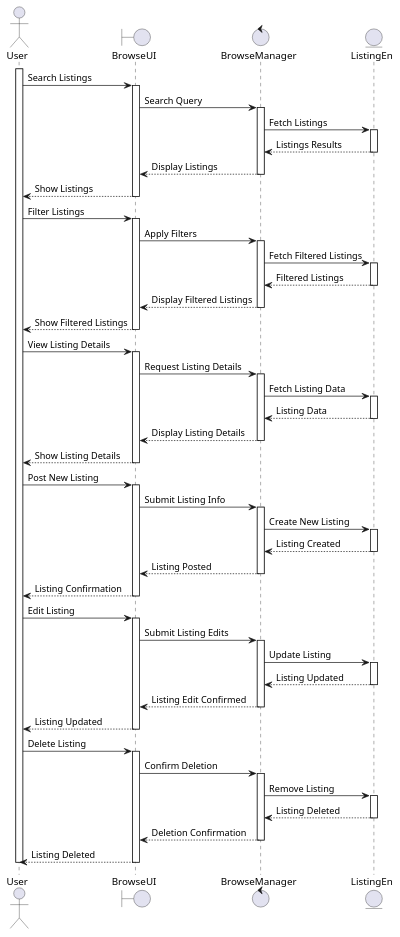
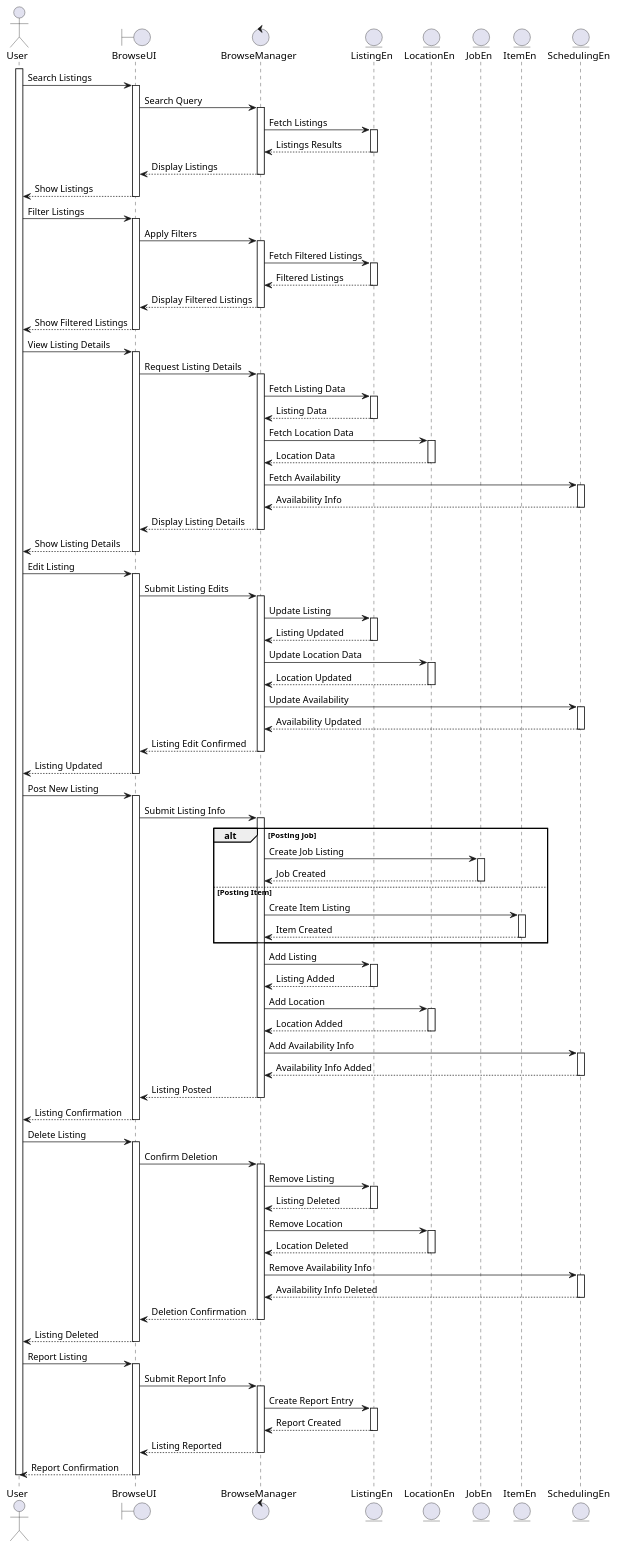
One commit to KuaLiMin/ShopBlock changed the diagram in lab2/plantuml/browse.plantuml. Above: the diagram before and after it, drawn with PlantUML.

```diff
--- a/lab2/plantuml/browse.plantuml
+++ b/lab2/plantuml/browse.plantuml
@@ -1,93 +1,159 @@
 @startuml
 actor User as U
 boundary BrowseUI as BUI
 control BrowseManager as BM
 entity ListingEn as L
+entity LocationEn as Loc
+entity JobEn as Job
+entity ItemEn as Item
+entity SchedulingEn as Sched
 
 activate U
 
 'User searching listings
 U -> BUI : Search Listings
 activate BUI
 BUI -> BM : Search Query
 activate BM
 BM -> L : Fetch Listings
 activate L
 L --> BM : Listings Results
 deactivate L
 BM --> BUI : Display Listings
 deactivate BM
 BUI --> U : Show Listings
 deactivate BUI
 
 'User filtering listings
 U -> BUI : Filter Listings
 activate BUI
 BUI -> BM : Apply Filters
 activate BM
 BM -> L : Fetch Filtered Listings
 activate L
 L --> BM : Filtered Listings
 deactivate L
 BM --> BUI : Display Filtered Listings
 deactivate BM
 BUI --> U : Show Filtered Listings
 deactivate BUI
 
 'User viewing a listing
 U -> BUI : View Listing Details
 activate BUI
 BUI -> BM : Request Listing Details
 activate BM
 BM -> L : Fetch Listing Data
 activate L
 L --> BM : Listing Data
 deactivate L
+BM -> Loc : Fetch Location Data
+activate Loc
+Loc --> BM : Location Data
+deactivate Loc
+'Branching to fetch availability from Scheduling
+BM -> Sched : Fetch Availability
+activate Sched
+Sched --> BM : Availability Info
+deactivate Sched
 BM --> BUI : Display Listing Details
 deactivate BM
 BUI --> U : Show Listing Details
-deactivate BUI
-
-'User posting a listing
-U -> BUI : Post New Listing
-activate BUI
-BUI -> BM : Submit Listing Info
-activate BM
-BM -> L : Create New Listing
-activate L
-L --> BM : Listing Created
-deactivate L
-BM --> BUI : Listing Posted
-deactivate BM
-BUI --> U : Listing Confirmation
 deactivate BUI
 
 'User editing a listing
 U -> BUI : Edit Listing
 activate BUI
 BUI -> BM : Submit Listing Edits
 activate BM
 BM -> L : Update Listing
 activate L
 L --> BM : Listing Updated
 deactivate L
+BM -> Loc : Update Location Data
+activate Loc
+Loc --> BM : Location Updated
+deactivate Loc
+'Branching to fetch availability from Scheduling
+BM -> Sched : Update Availability
+activate Sched
+Sched --> BM : Availability Updated
+deactivate Sched
 BM --> BUI : Listing Edit Confirmed
 deactivate BM
 BUI --> U : Listing Updated
+deactivate BUI
+
+'User posting a new listing (Job/Item)
+U -> BUI : Post New Listing
+activate BUI
+BUI -> BM : Submit Listing Info
+activate BM
+alt Posting Job
+    BM -> Job : Create Job Listing
+    activate Job
+    Job --> BM : Job Created
+    deactivate Job
+else Posting Item
+    BM -> Item : Create Item Listing
+    activate Item
+    Item --> BM : Item Created
+    deactivate Item
+end
+BM -> L : Add Listing
+activate L
+L --> BM : Listing Added
+deactivate L
+BM -> Loc : Add Location
+activate Loc
+Loc --> BM : Location Added
+deactivate Loc
+'Branching to fetch availability from Scheduling
+BM -> Sched : Add Availability Info
+activate Sched
+Sched --> BM : Availability Info Added
+deactivate Sched
+BM --> BUI : Listing Posted
+deactivate BM
+BUI --> U : Listing Confirmation
 deactivate BUI
 
 'User deleting a listing
 U -> BUI : Delete Listing
 activate BUI
 BUI -> BM : Confirm Deletion
 activate BM
 BM -> L : Remove Listing
 activate L
 L --> BM : Listing Deleted
 deactivate L
+BM -> Loc : Remove Location
+activate Loc
+Loc --> BM : Location Deleted
+deactivate Loc
+'Branching to fetch availability from Scheduling
+BM -> Sched : Remove Availability Info
+activate Sched
+Sched --> BM : Availability Info Deleted
+deactivate Sched
 BM --> BUI : Deletion Confirmation
 deactivate BM
 BUI --> U : Listing Deleted
 deactivate BUI
+
+'User reporting a listing
+U -> BUI : Report Listing
+activate BUI
+BUI -> BM : Submit Report Info
+activate BM
+BM -> L : Create Report Entry
+activate L
+L --> BM : Report Created
+deactivate L
+BM --> BUI : Listing Reported
+deactivate BM
+BUI --> U : Report Confirmation
+deactivate BUI
+
 deactivate U
 @enduml
```
